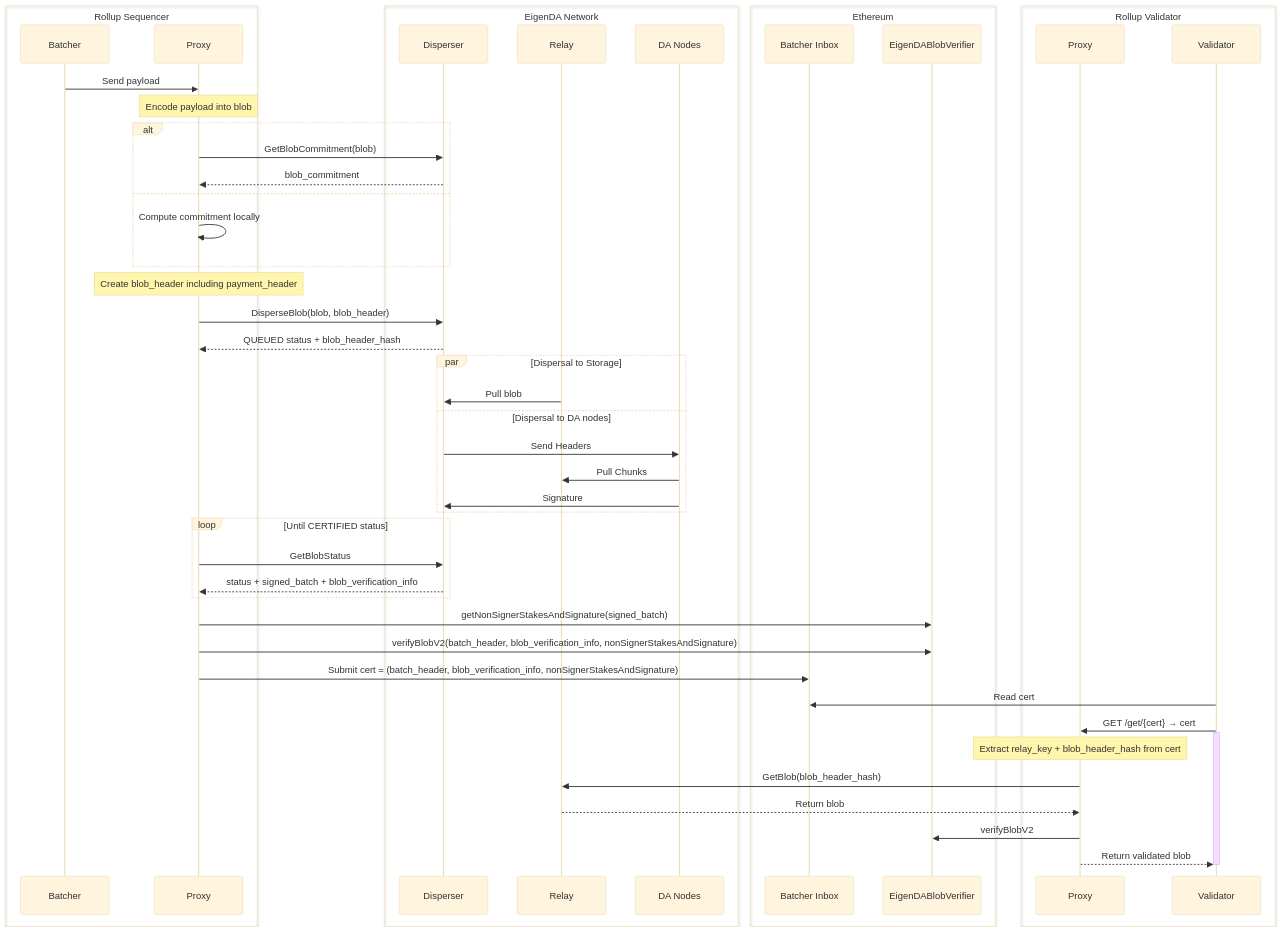
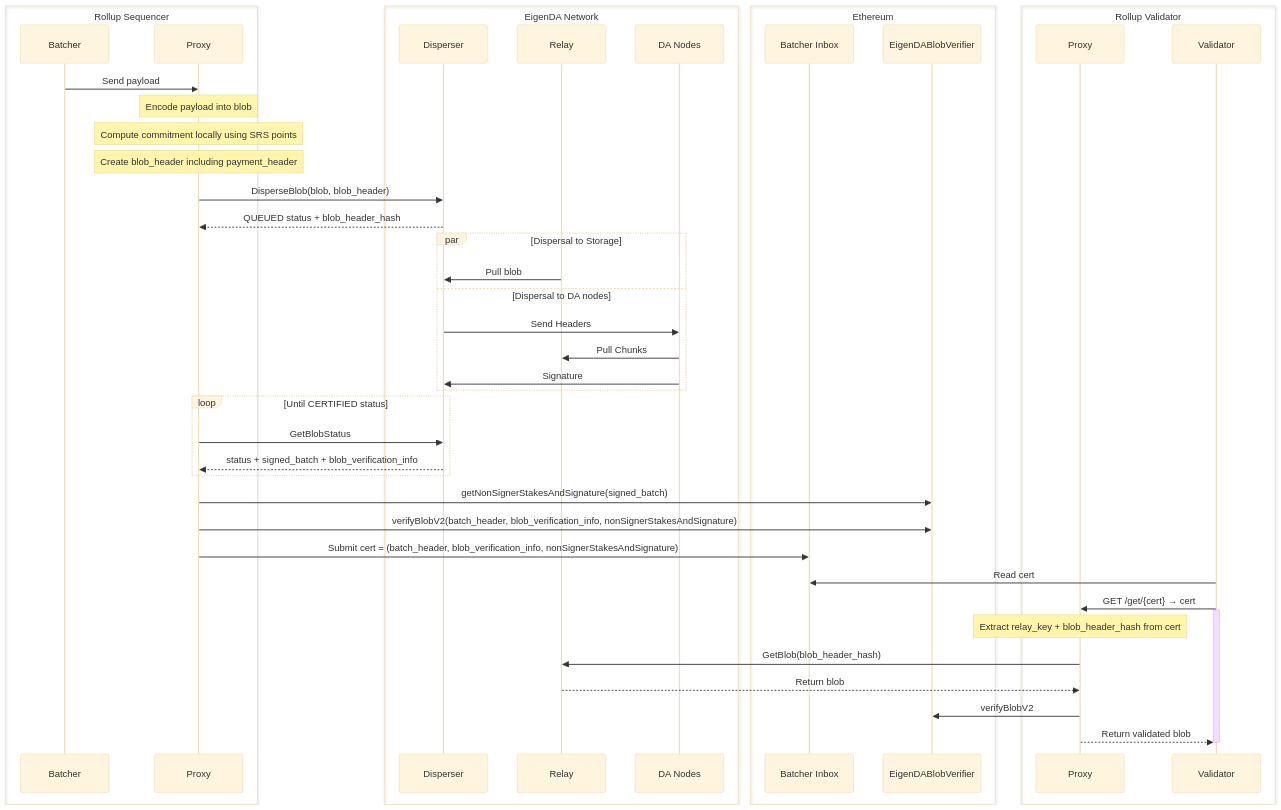
One commit to Layr-Labs/eigenda changed the diagram in docs/spec/src/integration/spec.md. Above: the diagram before and after it, drawn with Mermaid (base theme). The commit also changed 5 other files, not shown here.

````diff
--- a/docs/spec/src/integration/spec.md
+++ b/docs/spec/src/integration/spec.md
@@ -21,61 +21,56 @@
 ```mermaid
 sequenceDiagram
   box Rollup Sequencer
   participant B as Batcher
   participant SP as Proxy
   end
   box EigenDA Network
   participant D as Disperser
   participant R as Relay
   participant DA as DA Nodes
   end
   box Ethereum
   participant BI as Batcher Inbox
   participant BV as EigenDABlobVerifier
   end
   box Rollup Validator
   participant VP as Proxy
   participant V as Validator
   end
 
   %% Blob Creation and Dispersal Flow
   B->>SP: Send payload
   Note over SP: Encode payload into blob
-  alt
-          SP->>D: GetBlobCommitment(blob)
-          D-->>SP: blob_commitment
-    else
-            SP->>SP: Compute commitment locally
-    end
+  Note over SP: Compute commitment locally using SRS points
   Note over SP: Create blob_header including payment_header
   SP->>D: DisperseBlob(blob, blob_header)
   D-->>SP: QUEUED status + blob_header_hash
   
   %% Parallel dispersal to Relay and DA nodes
   par Dispersal to Storage
       R->>D: Pull blob
   and Dispersal to DA nodes
       D->>DA: Send Headers
       DA->>R: Pull Chunks
       DA->>D: Signature
   end
 
   loop Until CERTIFIED status
           SP->>D: GetBlobStatus
           D-->>SP: status + signed_batch + blob_verification_info
   end
   SP->>BV: getNonSignerStakesAndSignature(signed_batch)
   SP->>BV: verifyBlobV2(batch_header, blob_verification_info, nonSignerStakesAndSignature)
   SP->>BI: Submit cert = (batch_header, blob_verification_info, nonSignerStakesAndSignature)
 
   %% Validation Flow
   V->>BI: Read cert
   V->>VP: GET /get/{cert} → cert
   activate V
   Note over VP: Extract relay_key + blob_header_hash from cert
   VP->>R: GetBlob(blob_header_hash)
   R-->>VP: Return blob
   VP->>BV: verifyBlobV2
   VP-->>V: Return validated blob
   deactivate V
 ```
````
